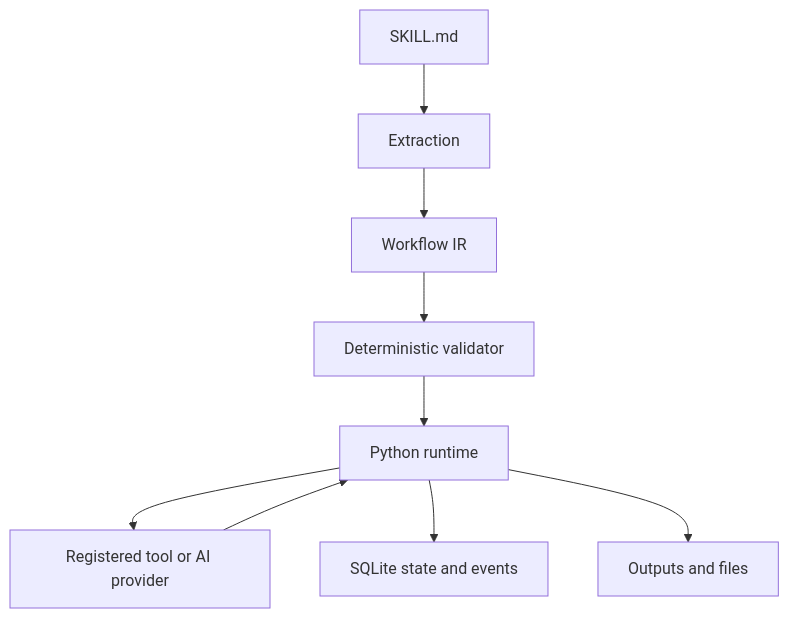
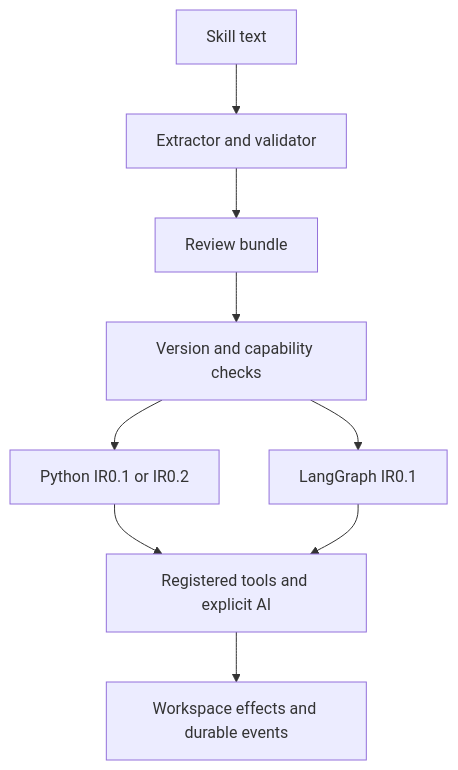
One commit to BasS-projects/agentic-workflow-compiler changed the first of 2 diagrams in docs/architecture.md. Above: the diagram before and after it, drawn with Mermaid. The commit also changed other lines of this file and 73 other files, not shown here.

````diff
--- a/docs/architecture.md
+++ b/docs/architecture.md
@@ -9,11 +6,11 @@
 ```mermaid
 flowchart TD
-    S["SKILL.md"] --> X["Extraction"]
-    X --> I["Workflow IR"]
-    I --> V["Deterministic validator"]
-    V --> R["Python runtime"]
-    R --> T["Registered tool or AI provider"]
-    T --> R
-    R --> D["SQLite state and events"]
-    R --> O["Outputs and files"]
+    S["Skill text"] --> C["Extractor and validator"]
+    C --> B["Review bundle"]
+    B --> R["Version and capability checks"]
+    R --> P["Python IR0.1 or IR0.2"]
+    R --> L["LangGraph IR0.1"]
+    P --> T["Registered tools and explicit AI"]
+    L --> T
+    T --> D["Workspace effects and durable events"]
 ```
````
